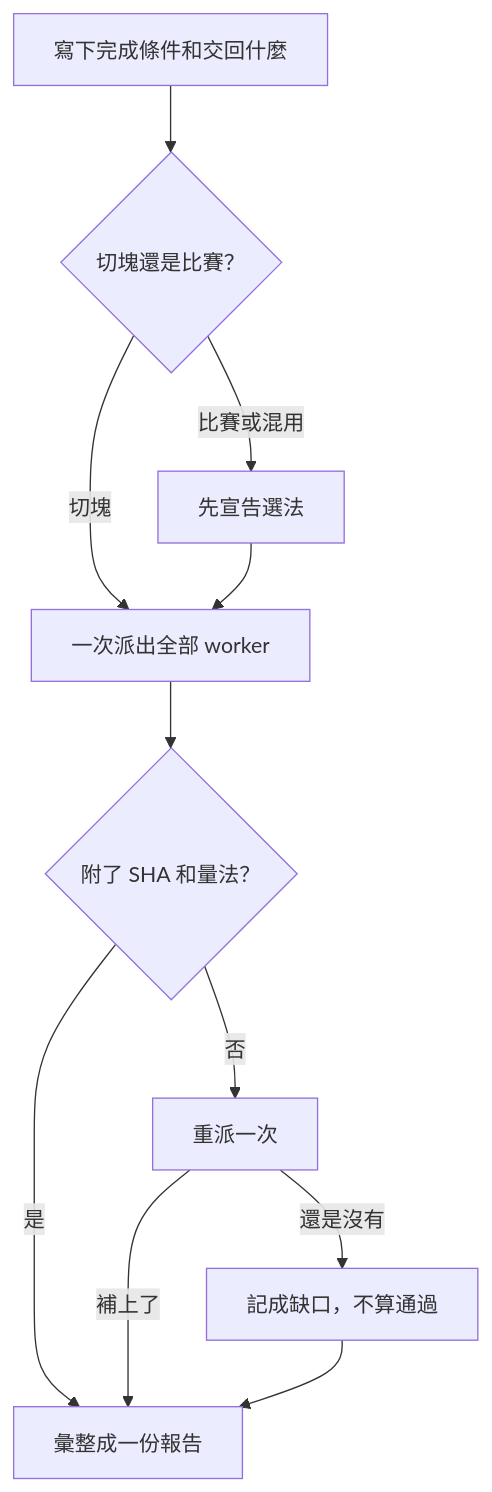
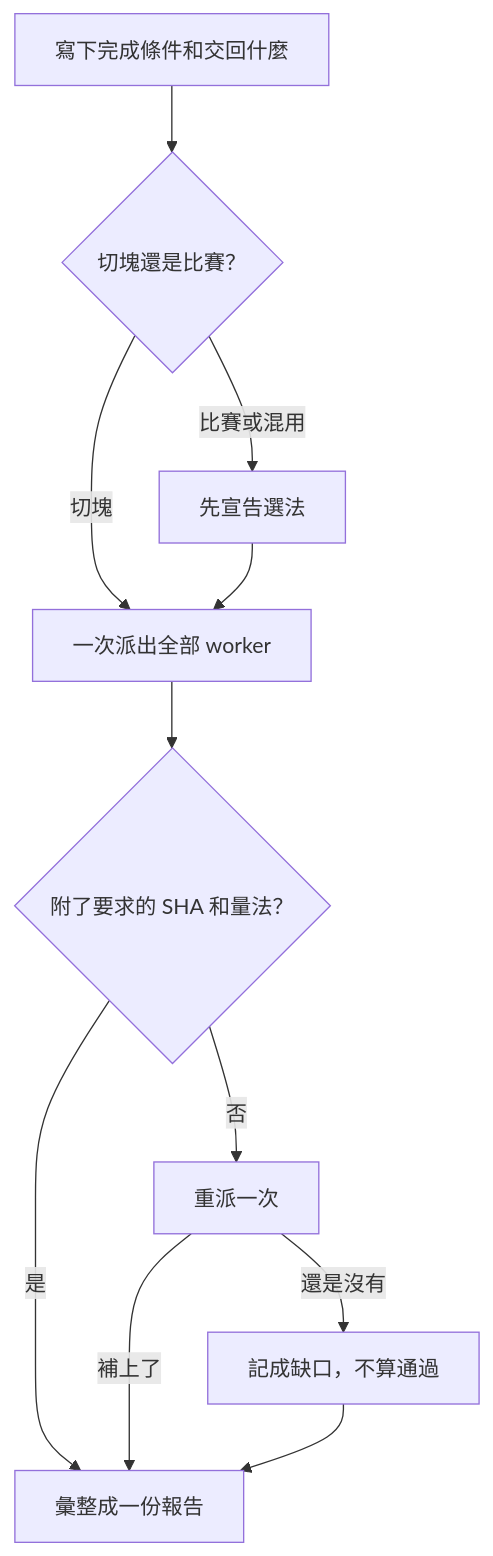
One commit to justmaocom/justmaocom.github.io changed the third of 3 diagrams in _posts/2026-10-23-pstack-understand-design.md. Above: the diagram before and after it, drawn with Mermaid. The commit also changed other lines of this file and 18 other files, not shown here.

````diff
--- a/_posts/2026-10-23-pstack-understand-design.md
+++ b/_posts/2026-10-23-pstack-understand-design.md
@@ -326,13 +326,13 @@
 ```mermaid
 flowchart TD
   A[寫下完成條件和交回什麼] --> B{切塊還是比賽？}
   B -->|切塊| D[一次派出全部 worker]
   B -->|比賽或混用| C[先宣告選法]
   C --> D
-  D --> E{附了 SHA 和量法？}
+  D --> E{附了要求的 SHA 和量法？}
   E -->|是| G[彙整成一份報告]
   E -->|否| F[重派一次]
   F -->|補上了| G
   F -->|還是沒有| H[記成缺口，不算通過]
   H --> G
 ```
````
